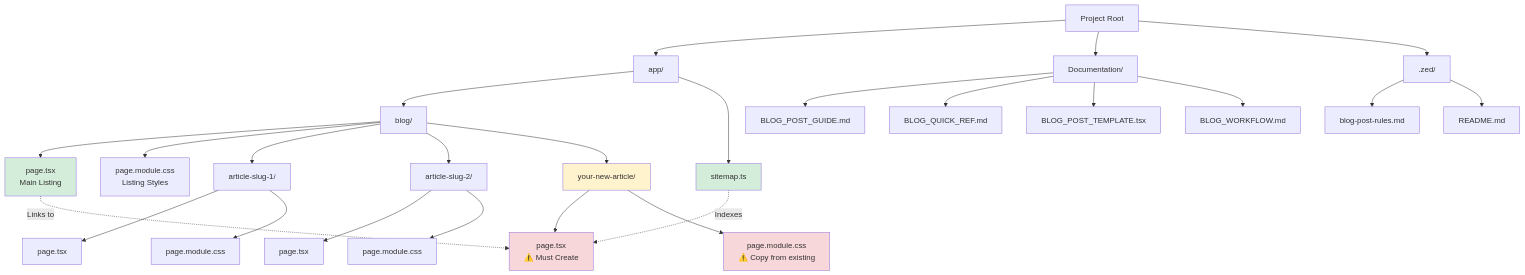
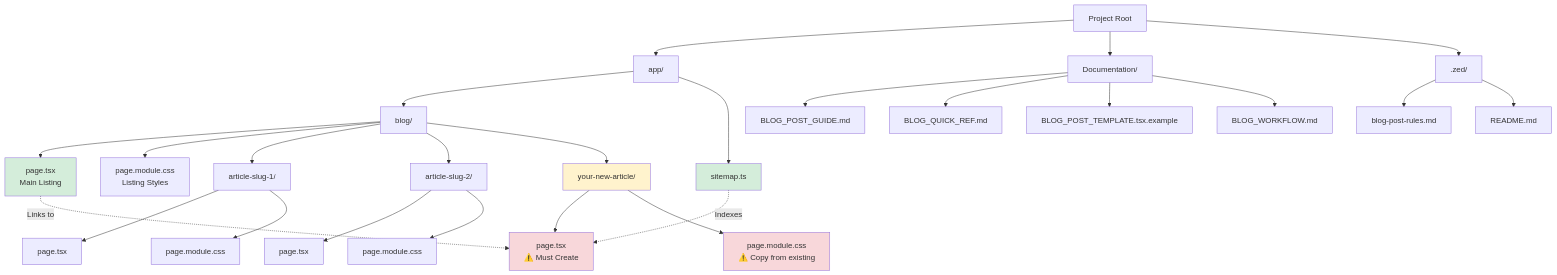
The third of 9 diagrams in BLOG_WORKFLOW.md (jakwakwa/cv-ai-parser), drawn with Mermaid before and after one commit. The commit also changed other lines of this file and 5 other files, not shown here.

Commit message:
Rename template to .tsx.example and update docs

````diff
--- a/BLOG_WORKFLOW.md
+++ b/BLOG_WORKFLOW.md
@@ -105,40 +105,40 @@
 ```mermaid
 graph TD
     Root[Project Root] --> App[app/]
     App --> Blog[blog/]
     App --> Sitemap[sitemap.ts]
     
     Blog --> Listing[page.tsx<br/>Main Listing]
     Blog --> ListCSS[page.module.css<br/>Listing Styles]
     Blog --> Article1[article-slug-1/]
     Blog --> Article2[article-slug-2/]
     Blog --> ArticleN[your-new-article/]
     
     Article1 --> A1Page[page.tsx]
     Article1 --> A1CSS[page.module.css]
     
     Article2 --> A2Page[page.tsx]
     Article2 --> A2CSS[page.module.css]
     
     ArticleN --> ANPage[page.tsx<br/>⚠️ Must Create]
     ArticleN --> ANCSS[page.module.css<br/>⚠️ Copy from existing]
     
     Root --> Docs[Documentation/]
     Docs --> Guide[BLOG_POST_GUIDE.md]
     Docs --> Quick[BLOG_QUICK_REF.md]
-    Docs --> Template[BLOG_POST_TEMPLATE.tsx]
+    Docs --> Template[BLOG_POST_TEMPLATE.tsx.example]
     Docs --> Workflow[BLOG_WORKFLOW.md]
     
     Root --> Zed[.zed/]
     Zed --> Rules[blog-post-rules.md]
     Zed --> ZedRead[README.md]
     
     Listing -.->|Links to| ANPage
     Sitemap -.->|Indexes| ANPage
     
     style ArticleN fill:#fff3cd
     style ANPage fill:#f8d7da
     style ANCSS fill:#f8d7da
     style Listing fill:#d4edda
     style Sitemap fill:#d4edda
 ```
````
